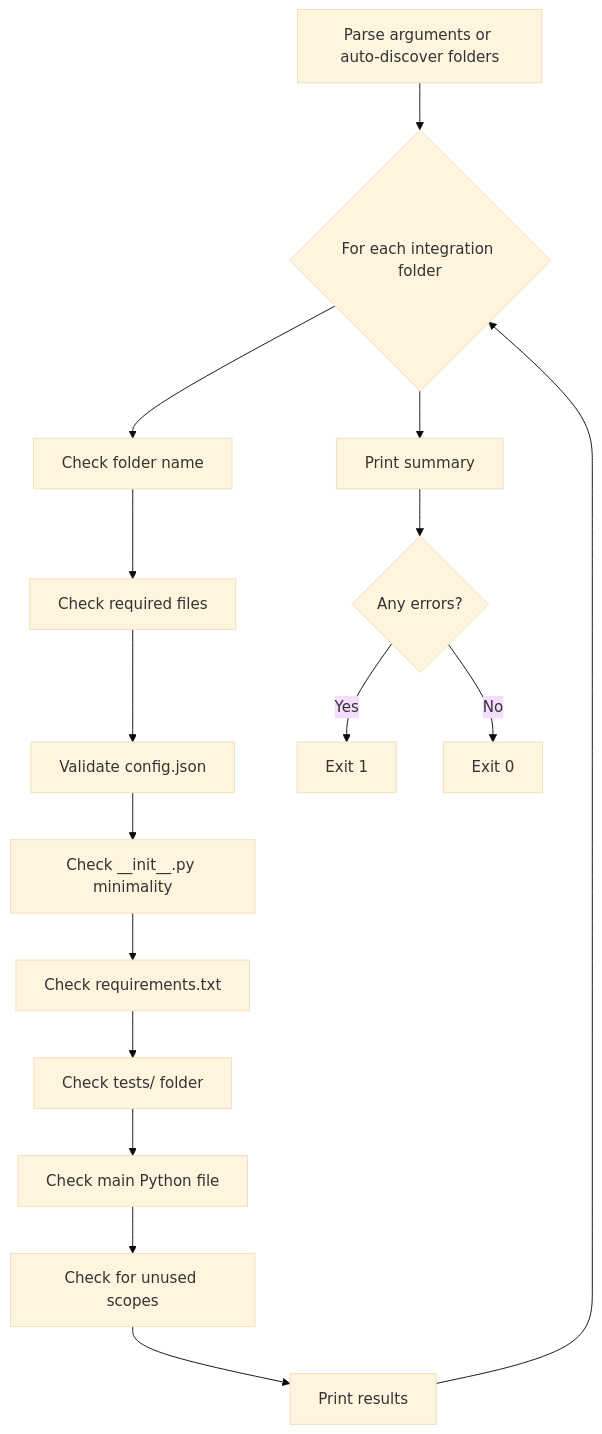
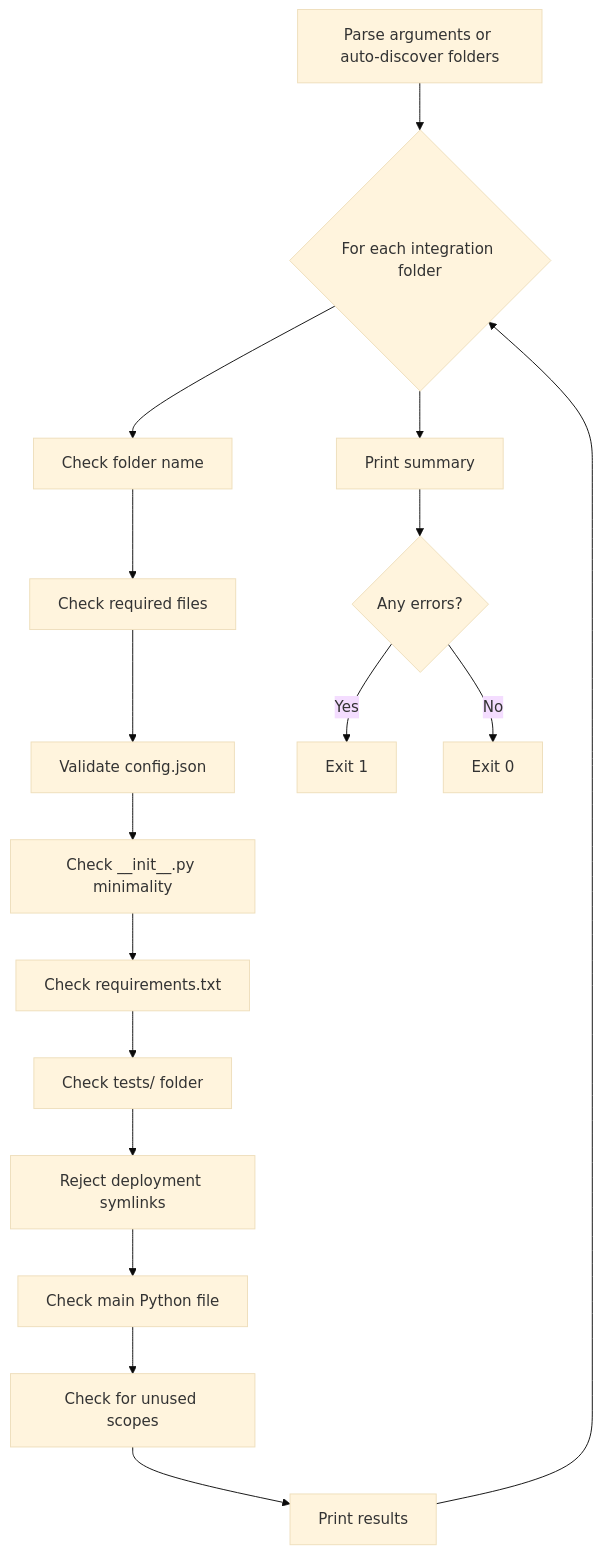
Before and after one commit to Autohive-AI/autohive-integrations-tooling: the diagram in scripts/docs/validate_integration.md, drawn with Mermaid (base theme). The commit also changed other lines of this file and 57 other files, not shown here.

````diff
--- a/scripts/docs/validate_integration.md
+++ b/scripts/docs/validate_integration.md
@@ -186,18 +193,19 @@
 ```mermaid
 flowchart TD
     A[Parse arguments or auto-discover folders] --> B{For each integration folder}
     B --> C[Check folder name]
     C --> D[Check required files]
     D --> E[Validate config.json]
     E --> F[Check __init__.py minimality]
     F --> G[Check requirements.txt]
     G --> H[Check tests/ folder]
-    H --> I[Check main Python file]
-    I --> J[Check for unused scopes]
-    J --> K[Print results]
-    K --> B
-    B --> L[Print summary]
-    L --> M{Any errors?}
-    M -->|Yes| N[Exit 1]
-    M -->|No| O[Exit 0]
+    H --> I[Reject deployment symlinks]
+    I --> J[Check main Python file]
+    J --> K[Check for unused scopes]
+    K --> L[Print results]
+    L --> B
+    B --> M[Print summary]
+    M --> N{Any errors?}
+    N -->|Yes| O[Exit 1]
+    N -->|No| P[Exit 0]
 ```
````
